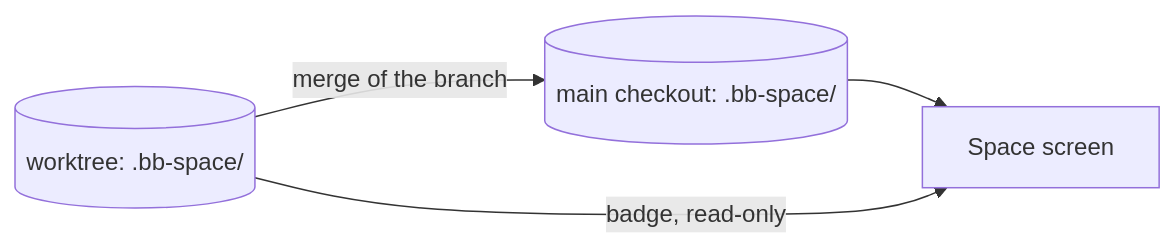
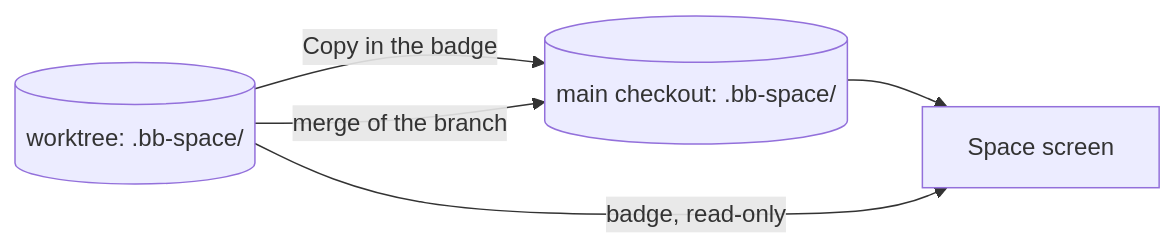
The second of 2 diagrams in .bb-space/guides/using-the-space.md (idrevnii/bb-plugin-project-space), drawn with Mermaid before and after one commit. The commit also changed other lines of this file and 16 other files, not shown here.

First line of the commit message:
Copy worktree edits into the main space from the badge (T35)

````diff
--- a/.bb-space/guides/using-the-space.md
+++ b/.bb-space/guides/using-the-space.md
@@ -284,6 +284,7 @@
 ```mermaid
 flowchart LR
   main[("main checkout: .bb-space/")] --> screen[Space screen]
   wt[("worktree: .bb-space/")] -->|badge, read-only| screen
+  wt -->|Copy in the badge| main
   wt -->|merge of the branch| main
 ```
````
